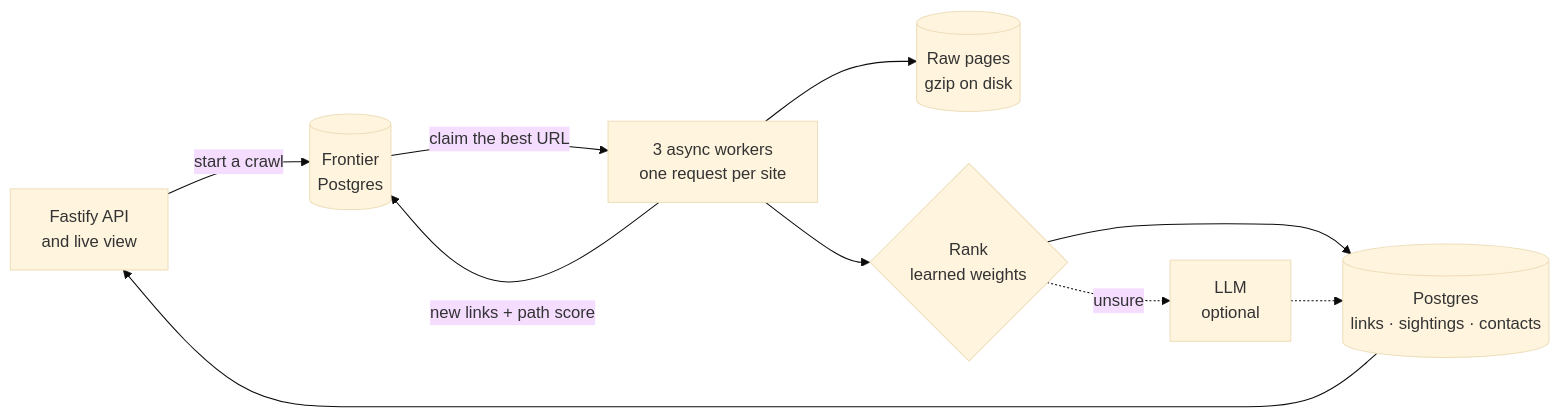
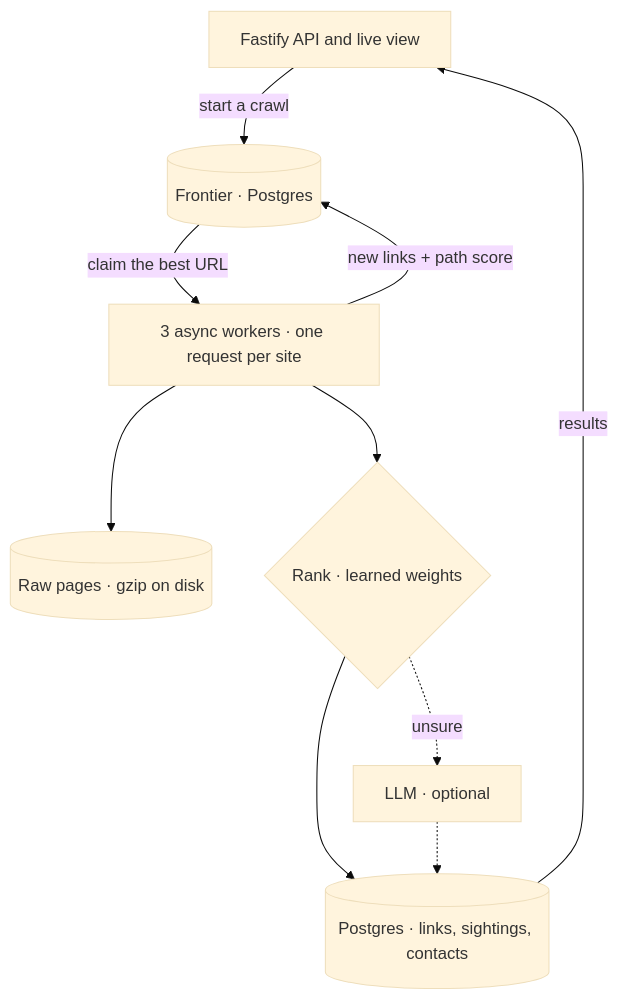
Before and after one commit to igalk1515/FiscalScout: the first of 3 diagrams in README.md, drawn with Mermaid (base theme). The commit also changed other lines of this file, not shown here.

Commit message:
README: top-down diagrams, so every box is readable

````diff
--- a/README.md
+++ b/README.md
@@ -28,12 +28,12 @@
 ```mermaid
-flowchart LR
-    api[Fastify API<br/>and live view] -->|start a crawl| frontier[(Frontier<br/>Postgres)]
-    frontier -->|claim the best URL| workers[3 async workers<br/>one request per site]
+flowchart TB
+    api[Fastify API and live view] -->|start a crawl| frontier[(Frontier · Postgres)]
+    frontier -->|claim the best URL| workers[3 async workers · one request per site]
     workers -->|new links + path score| frontier
-    workers --> raw[(Raw pages<br/>gzip on disk)]
-    workers --> rank{Rank<br/>learned weights}
-    rank -.->|unsure| llm[LLM<br/>optional]
-    rank --> store[(Postgres<br/>links · sightings · contacts)]
+    workers --> raw[(Raw pages · gzip on disk)]
+    workers --> rank{Rank · learned weights}
+    rank -.->|unsure| llm[LLM · optional]
+    rank --> store[(Postgres · links, sightings, contacts)]
     llm -.-> store
-    store --> api
+    store -->|results| api
 ```
````
